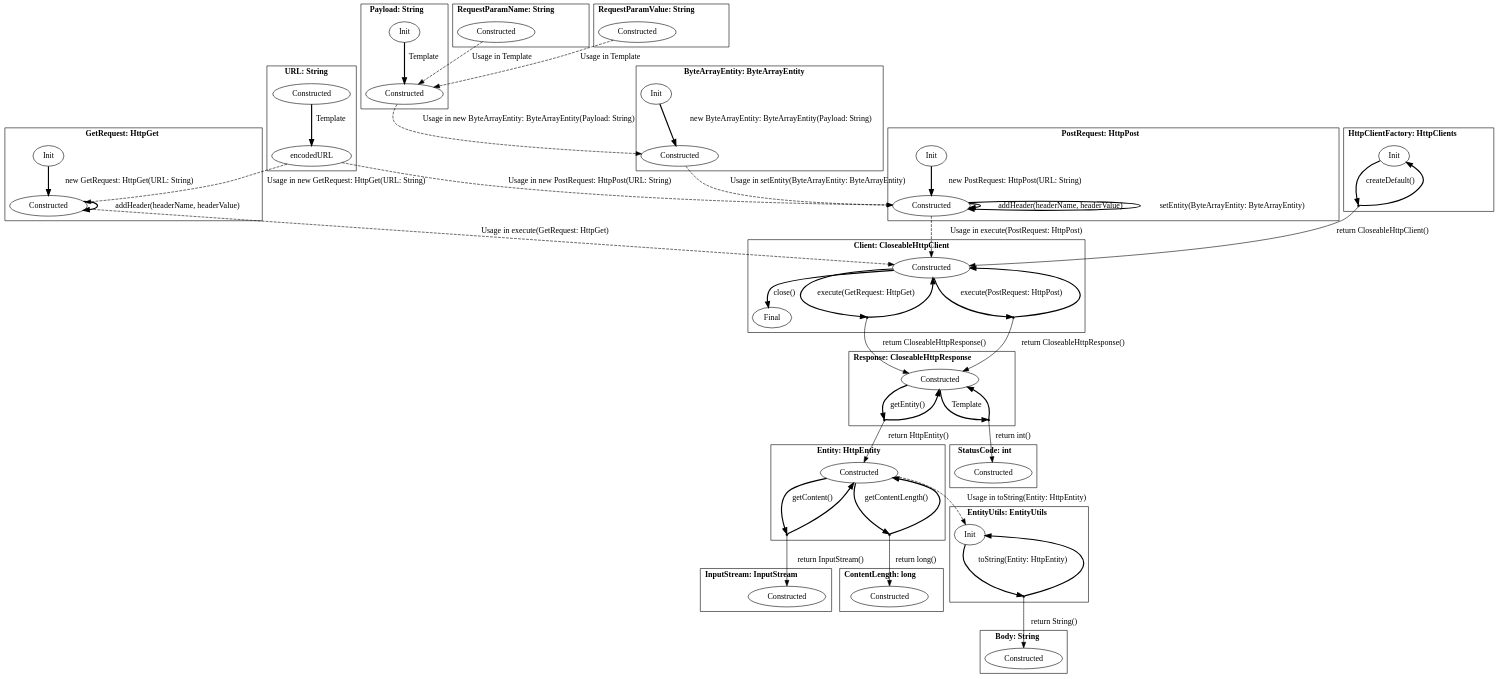
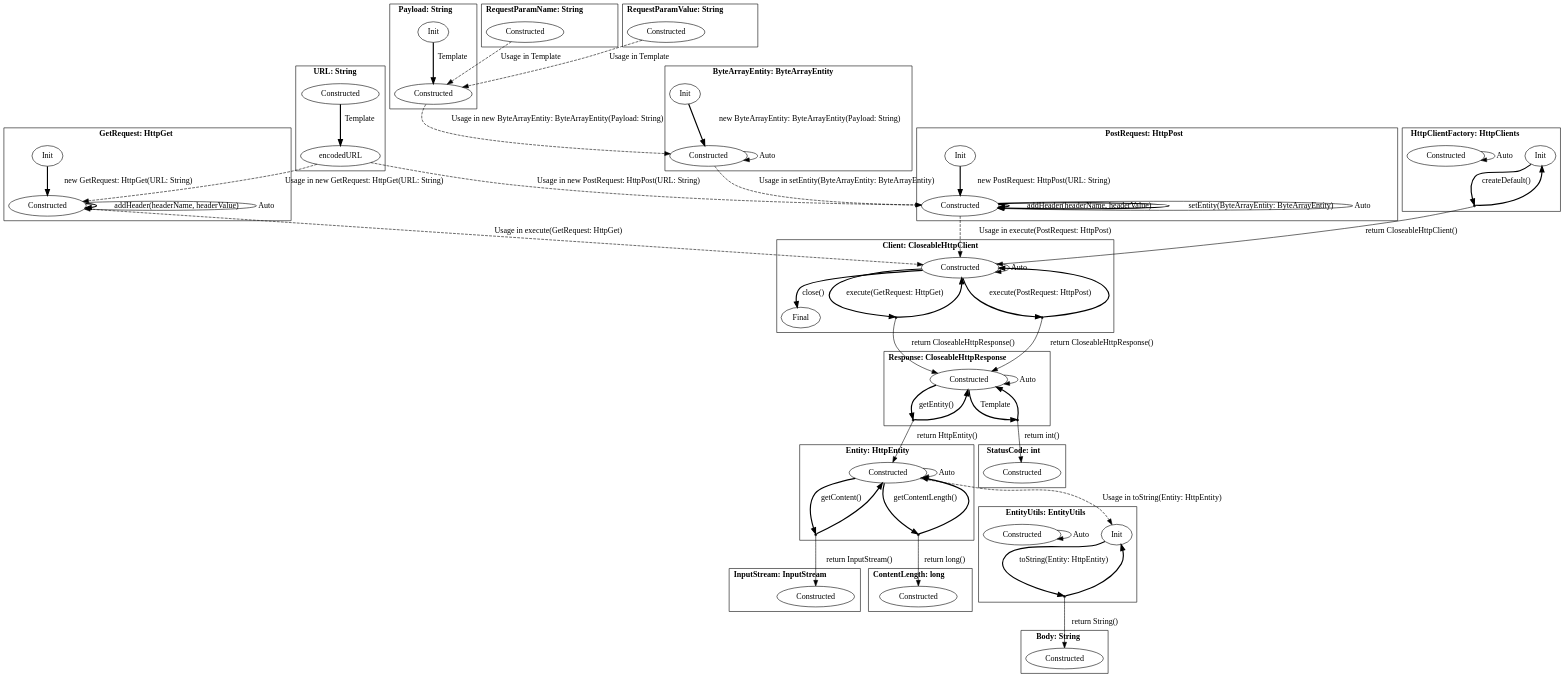
Before and after one commit to h31/LibraryMigration: the diagram in pictures/apache.dot, drawn with Graphviz. The commit also changed 12 other files, not shown here.

```diff
--- a/pictures/apache.dot
+++ b/pictures/apache.dot
@@ -1,123 +1,133 @@
 digraph G {
     bgcolor="transparent";
     subgraph cluster0 {
     label = <<B>URL: String</B>>;
         Constructed_URL [ label="Constructed" ];
         encodedURL_URL [ label="encodedURL" ];
     }
     subgraph cluster1 {
     label = <<B>GetRequest: HttpGet</B>>;
         Init_GetRequest [ label="Init" ];
         Constructed_GetRequest [ label="Constructed" ];
     }
     subgraph cluster2 {
     label = <<B>Client: CloseableHttpClient</B>>;
         Constructed_Client [ label="Constructed" ];
         Final_Client [ label="Final" ];
         virtual0 [ shape = point ];
         virtual1 [ shape = point ];
     }
     subgraph cluster3 {
     label = <<B>Response: CloseableHttpResponse</B>>;
         Constructed_Response [ label="Constructed" ];
         virtual2 [ shape = point ];
         virtual3 [ shape = point ];
     }
     subgraph cluster4 {
     label = <<B>Body: String</B>>;
         Constructed_Body [ label="Constructed" ];
     }
     subgraph cluster5 {
     label = <<B>HttpClientFactory: HttpClients</B>>;
         Init_HttpClientFactory [ label="Init" ];
+        Constructed_HttpClientFactory [ label="Constructed" ];
         virtual4 [ shape = point ];
     }
     subgraph cluster6 {
     label = <<B>InputStream: InputStream</B>>;
         Constructed_InputStream [ label="Constructed" ];
     }
     subgraph cluster7 {
     label = <<B>ContentLength: long</B>>;
         Constructed_ContentLength [ label="Constructed" ];
     }
     subgraph cluster8 {
     label = <<B>Entity: HttpEntity</B>>;
         Constructed_Entity [ label="Constructed" ];
         virtual5 [ shape = point ];
         virtual6 [ shape = point ];
     }
     subgraph cluster9 {
     label = <<B>EntityUtils: EntityUtils</B>>;
         Init_EntityUtils [ label="Init" ];
+        Constructed_EntityUtils [ label="Constructed" ];
         virtual7 [ shape = point ];
     }
     subgraph cluster10 {
     label = <<B>StatusCode: int</B>>;
         Constructed_StatusCode [ label="Constructed" ];
     }
     subgraph cluster11 {
     label = <<B>ByteArrayEntity: ByteArrayEntity</B>>;
         Init_ByteArrayEntity [ label="Init" ];
         Constructed_ByteArrayEntity [ label="Constructed" ];
     }
     subgraph cluster12 {
     label = <<B>Payload: String</B>>;
         Init_Payload [ label="Init" ];
         Constructed_Payload [ label="Constructed" ];
     }
     subgraph cluster13 {
     label = <<B>PostRequest: HttpPost</B>>;
         Init_PostRequest [ label="Init" ];
         Constructed_PostRequest [ label="Constructed" ];
     }
     subgraph cluster14 {
     label = <<B>RequestParamName: String</B>>;
         Constructed_RequestParamName [ label="Constructed" ];
     }
     subgraph cluster15 {
     label = <<B>RequestParamValue: String</B>>;
         Constructed_RequestParamValue [ label="Constructed" ];
     }
         Constructed_URL -> encodedURL_URL [ label="Template", style = "bold"  ];
         encodedURL_URL -> Constructed_GetRequest [ label="Usage in new GetRequest: HttpGet(URL: String)", style = "dashed"  ];
         encodedURL_URL -> Constructed_PostRequest [ label="Usage in new PostRequest: HttpPost(URL: String)", style = "dashed"  ];
         Init_GetRequest -> Constructed_GetRequest [ label="new GetRequest: HttpGet(URL: String)", style = "bold"  ];
         Constructed_GetRequest -> Constructed_GetRequest [ label="addHeader(headerName, headerValue)", style = "bold"  ];
         Constructed_GetRequest -> Constructed_Client [ label="Usage in execute(GetRequest: HttpGet)", style = "dashed"  ];
+        Constructed_GetRequest -> Constructed_GetRequest [ label="Auto", style = "solid"  ];
         Constructed_Client -> virtual0 [ style = "bold" label="execute(GetRequest: HttpGet)"  ];
         virtual0 -> Constructed_Client [ style = "bold"  ];
         virtual0 -> Constructed_Response [ label="return CloseableHttpResponse()"  ];
         Constructed_Client -> virtual1 [ style = "bold" label="execute(PostRequest: HttpPost)"  ];
         virtual1 -> Constructed_Client [ style = "bold"  ];
         virtual1 -> Constructed_Response [ label="return CloseableHttpResponse()"  ];
         Constructed_Client -> Final_Client [ label="close()", style = "bold"  ];
+        Constructed_Client -> Constructed_Client [ label="Auto", style = "solid"  ];
         Constructed_Response -> virtual2 [ style = "bold" label="getEntity()"  ];
         virtual2 -> Constructed_Response [ style = "bold"  ];
         virtual2 -> Constructed_Entity [ label="return HttpEntity()"  ];
         Constructed_Response -> virtual3 [ style = "bold" label="Template"  ];
         virtual3 -> Constructed_Response [ style = "bold"  ];
         virtual3 -> Constructed_StatusCode [ label="return int()"  ];
+        Constructed_Response -> Constructed_Response [ label="Auto", style = "solid"  ];
         Init_HttpClientFactory -> virtual4 [ style = "bold" label="createDefault()"  ];
         virtual4 -> Init_HttpClientFactory [ style = "bold"  ];
         virtual4 -> Constructed_Client [ label="return CloseableHttpClient()"  ];
+        Constructed_HttpClientFactory -> Constructed_HttpClientFactory [ label="Auto", style = "solid"  ];
         Constructed_Entity -> Init_EntityUtils [ label="Usage in toString(Entity: HttpEntity)", style = "dashed"  ];
         Constructed_Entity -> virtual5 [ style = "bold" label="getContent()"  ];
         virtual5 -> Constructed_Entity [ style = "bold"  ];
         virtual5 -> Constructed_InputStream [ label="return InputStream()"  ];
         Constructed_Entity -> virtual6 [ style = "bold" label="getContentLength()"  ];
         virtual6 -> Constructed_Entity [ style = "bold"  ];
         virtual6 -> Constructed_ContentLength [ label="return long()"  ];
+        Constructed_Entity -> Constructed_Entity [ label="Auto", style = "solid"  ];
         Init_EntityUtils -> virtual7 [ style = "bold" label="toString(Entity: HttpEntity)"  ];
         virtual7 -> Init_EntityUtils [ style = "bold"  ];
         virtual7 -> Constructed_Body [ label="return String()"  ];
+        Constructed_EntityUtils -> Constructed_EntityUtils [ label="Auto", style = "solid"  ];
         Init_ByteArrayEntity -> Constructed_ByteArrayEntity [ label="new ByteArrayEntity: ByteArrayEntity(Payload: String)", style = "bold"  ];
         Constructed_ByteArrayEntity -> Constructed_PostRequest [ label="Usage in setEntity(ByteArrayEntity: ByteArrayEntity)", style = "dashed"  ];
+        Constructed_ByteArrayEntity -> Constructed_ByteArrayEntity [ label="Auto", style = "solid"  ];
         Init_Payload -> Constructed_Payload [ label="Template", style = "bold"  ];
         Constructed_Payload -> Constructed_ByteArrayEntity [ label="Usage in new ByteArrayEntity: ByteArrayEntity(Payload: String)", style = "dashed"  ];
         Init_PostRequest -> Constructed_PostRequest [ label="new PostRequest: HttpPost(URL: String)", style = "bold"  ];
         Constructed_PostRequest -> Constructed_PostRequest [ label="addHeader(headerName, headerValue)", style = "bold"  ];
         Constructed_PostRequest -> Constructed_Client [ label="Usage in execute(PostRequest: HttpPost)", style = "dashed"  ];
         Constructed_PostRequest -> Constructed_PostRequest [ label="setEntity(ByteArrayEntity: ByteArrayEntity)", style = "bold"  ];
+        Constructed_PostRequest -> Constructed_PostRequest [ label="Auto", style = "solid"  ];
         Constructed_RequestParamName -> Constructed_Payload [ label="Usage in Template", style = "dashed"  ];
         Constructed_RequestParamValue -> Constructed_Payload [ label="Usage in Template", style = "dashed"  ];
 }
```
